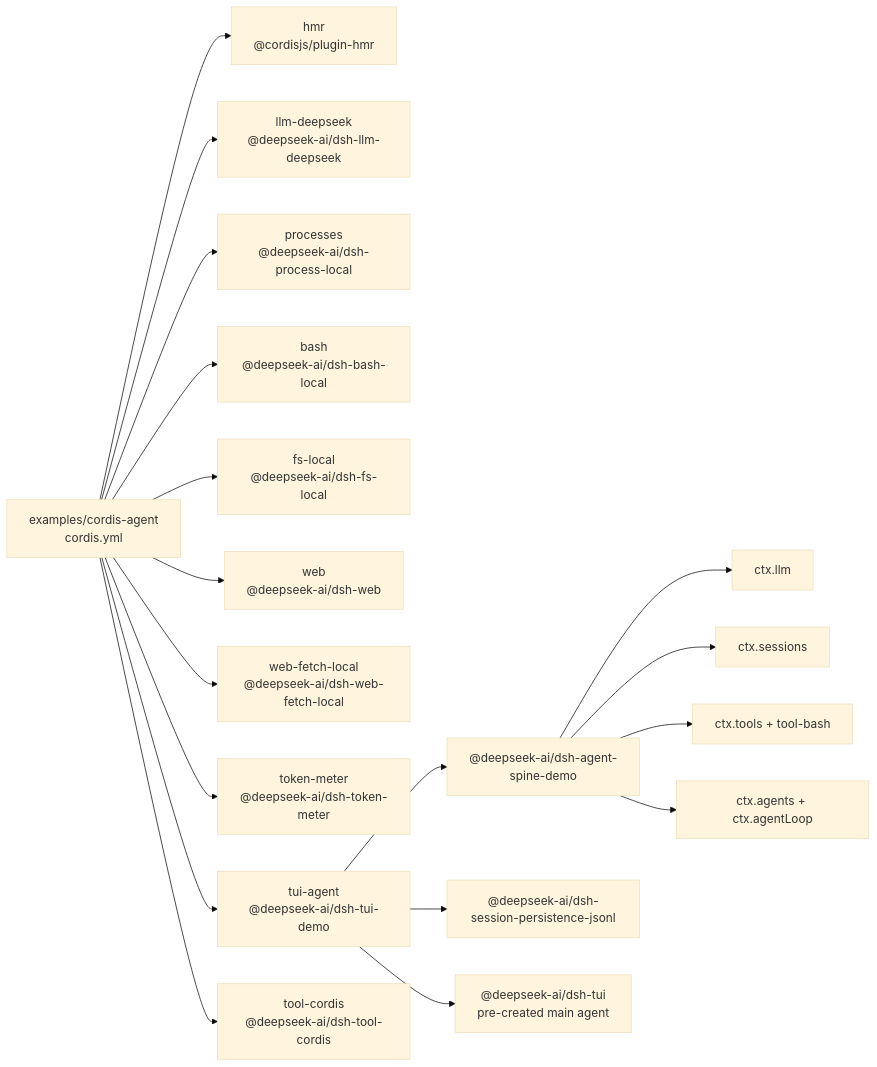
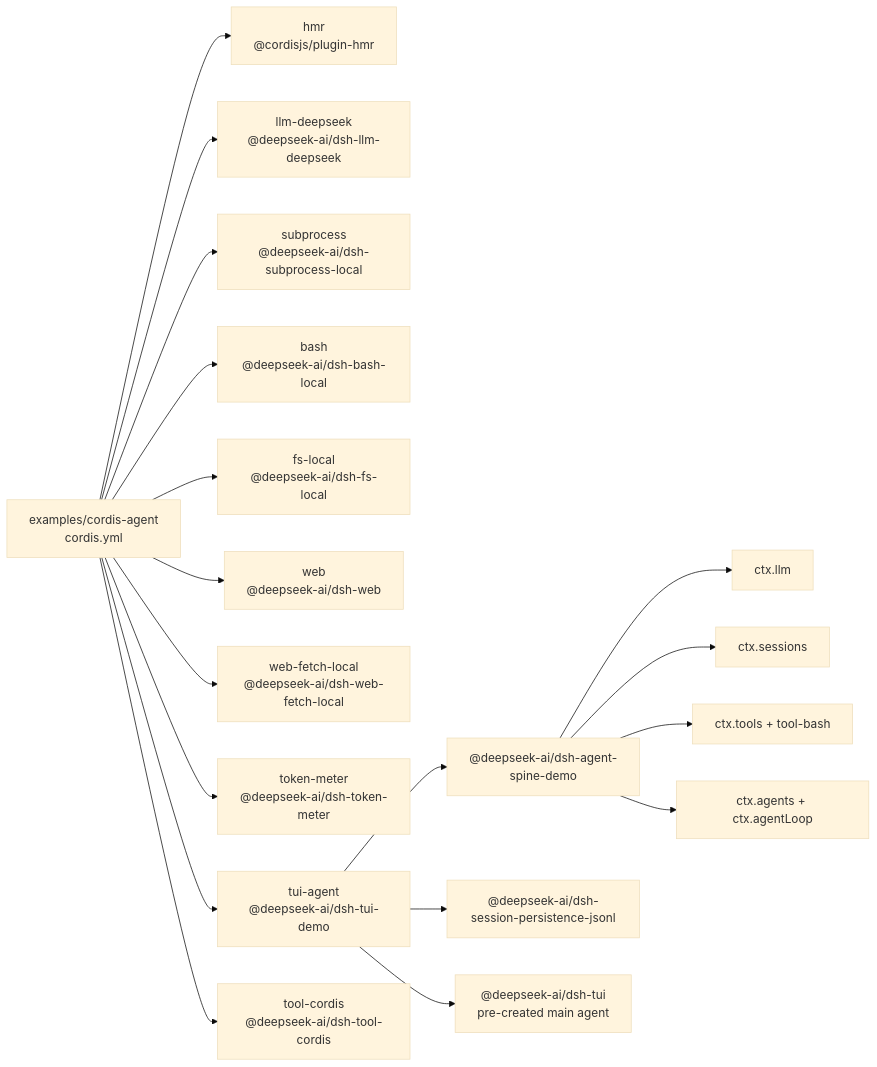
One commit to 007M7/DeepCode changed the diagram in examples/cordis-agent/composition.md. Above: the diagram before and after it, drawn with Mermaid (base theme). The commit also changed other lines of this file and 109 other files, not shown here.

First line of the commit message:
refactor(subprocess): rename the process seam to subprocess and address review

````diff
--- a/examples/cordis-agent/composition.md
+++ b/examples/cordis-agent/composition.md
@@ -8,31 +8,31 @@
 ```mermaid
 flowchart LR
   cfg["examples/cordis-agent<br/>cordis.yml"]
   plugin_cordis_hmr["hmr<br/>@cordisjs/plugin-hmr"]
   cfg --> plugin_cordis_hmr
   plugin_cordis_llm_deepseek["llm-deepseek<br/>@deepseek-ai/dsh-llm-deepseek"]
   cfg --> plugin_cordis_llm_deepseek
-  plugin_cordis_processes["processes<br/>@deepseek-ai/dsh-process-local"]
-  cfg --> plugin_cordis_processes
+  plugin_cordis_subprocess["subprocess<br/>@deepseek-ai/dsh-subprocess-local"]
+  cfg --> plugin_cordis_subprocess
   plugin_cordis_bash["bash<br/>@deepseek-ai/dsh-bash-local"]
   cfg --> plugin_cordis_bash
   plugin_cordis_fs_local["fs-local<br/>@deepseek-ai/dsh-fs-local"]
   cfg --> plugin_cordis_fs_local
   plugin_cordis_web["web<br/>@deepseek-ai/dsh-web"]
   cfg --> plugin_cordis_web
   plugin_cordis_web_fetch_local["web-fetch-local<br/>@deepseek-ai/dsh-web-fetch-local"]
   cfg --> plugin_cordis_web_fetch_local
   plugin_cordis_token_meter["token-meter<br/>@deepseek-ai/dsh-token-meter"]
   cfg --> plugin_cordis_token_meter
   plugin_cordis_tui_agent["tui-agent<br/>@deepseek-ai/dsh-tui-demo"]
   cfg --> plugin_cordis_tui_agent
   plugin_cordis_tui_agent --> bundle_agent_core["@deepseek-ai/dsh-agent-spine-demo"]
   plugin_cordis_tui_agent --> bundle_jsonl["@deepseek-ai/dsh-session-persistence-jsonl"]
   plugin_cordis_tui_agent --> frontdoor_tui["@deepseek-ai/dsh-tui<br/>pre-created main agent"]
   bundle_agent_core --> spine_llm["ctx.llm"]
   bundle_agent_core --> spine_sessions["ctx.sessions"]
   bundle_agent_core --> spine_tools["ctx.tools + tool-bash"]
   bundle_agent_core --> spine_loop["ctx.agents + ctx.agentLoop"]
   plugin_cordis_tool_cordis["tool-cordis<br/>@deepseek-ai/dsh-tool-cordis"]
   cfg --> plugin_cordis_tool_cordis
 ```
````
